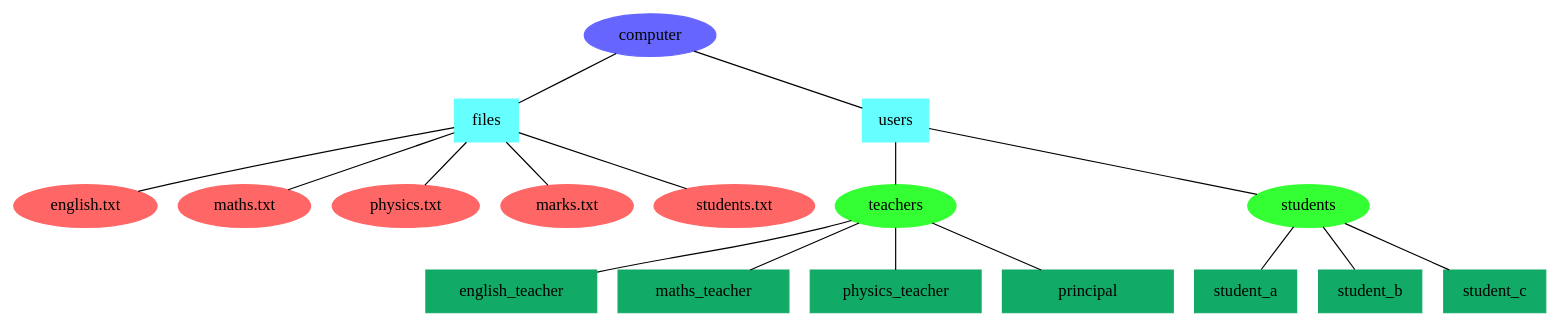
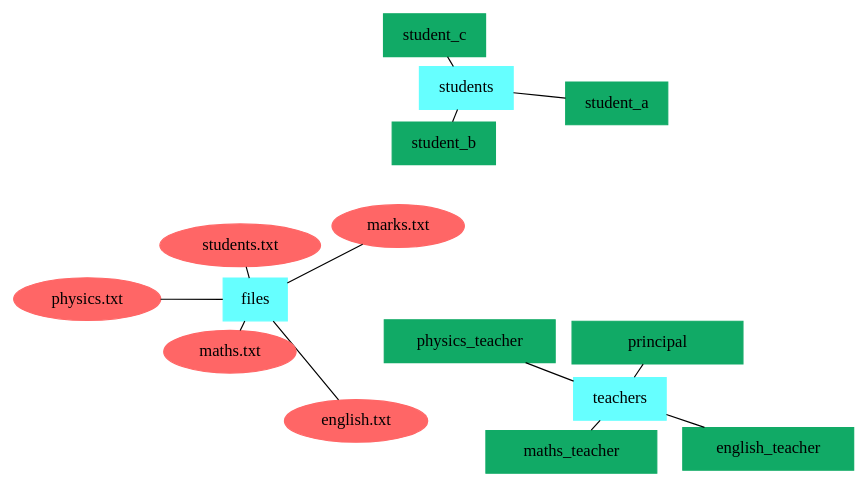
The diagram in src/lab/exp4/media/figure1.dot (soujanya123/linux-lab-iiith), drawn with Graphviz before and after one commit. The commit also changed 2 other files, not shown here.

Commit message:
Created figure using dot for explaining permissions

```diff
--- a/src/lab/exp4/media/figure1.dot
+++ b/src/lab/exp4/media/figure1.dot
@@ -1,34 +1,30 @@
 graph files
 {
-	computer [color="#6666FF",style="filled"];
+	layout=fdp;
+	nodesep=10;
 	files   [color="#66FFFF",style="filled",shape=box];
-	users   [color="#66FFFF",style="filled",shape=box];
-	computer -- files;
-	computer -- users;
+	teachers   [color="#66FFFF",style="filled",shape=box];
+	students  [color="#66FFFF",style="filled",shape=box];
 	files {
 		node [color="#FF6666",style=filled];
 		files -- "english.txt";
 		files -- "maths.txt";
 		files -- "physics.txt";
 		files -- "marks.txt";
 		files -- "students.txt";
 	};
-	teachers [color="#33FF33",style="filled"];
-	students [color="#33FF33",style="filled"];
-	users -- teachers;
-	users -- students;
 	teachers {
 		node [color="#11AA66",style=filled,shape=box,width=2];
 		teachers -- "english_teacher";
 		teachers -- "maths_teacher";
 		teachers -- "physics_teacher";
 		teachers -- principal;
 	};
 	students {
 		node [color="#11AA66",style=filled,shape=box,width=1.2];
 		students -- "student_a";
 		students -- "student_b";
 		students -- "student_c";
 	};
 
 }
```
